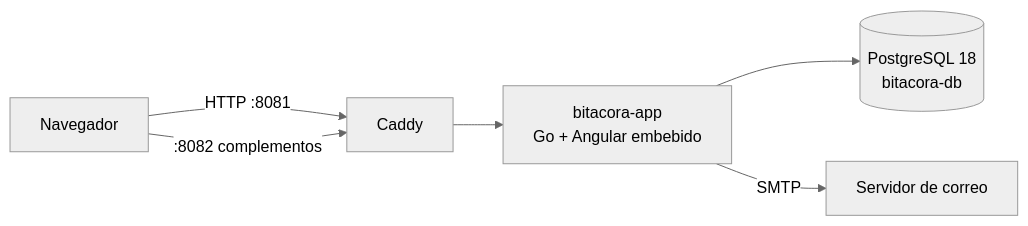
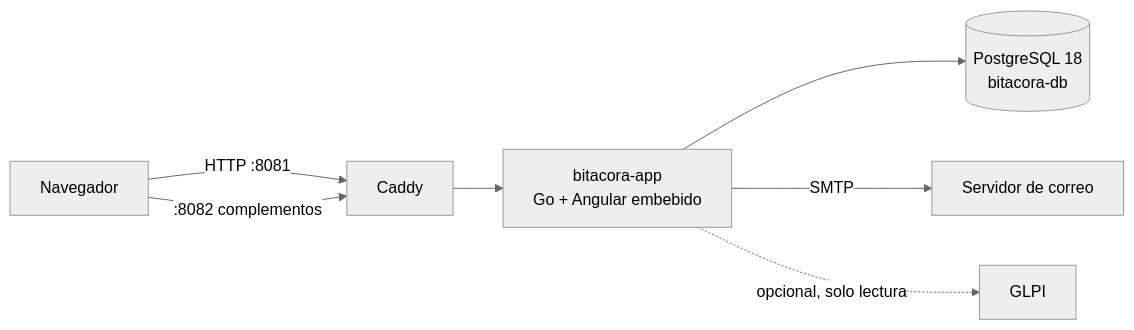
Before and after one commit to athomo001/BitacoraSOC: the diagram in README.md, drawn with Mermaid (neutral theme). The commit also changed other lines of this file and 114 other files, not shown here.

````diff
--- a/README.md
+++ b/README.md
@@ -69,8 +75,9 @@
 ```mermaid
 flowchart LR
     U[Navegador] -->|"HTTP :8081"| C[Caddy]
     U -->|":8082 complementos"| C
     C --> A["bitacora-app<br/>Go + Angular embebido"]
     A --> D[("PostgreSQL 18<br/>bitacora-db")]
     A -->|SMTP| M[Servidor de correo]
+    A -.->|"opcional, solo lectura"| G[GLPI]
 ```
````
